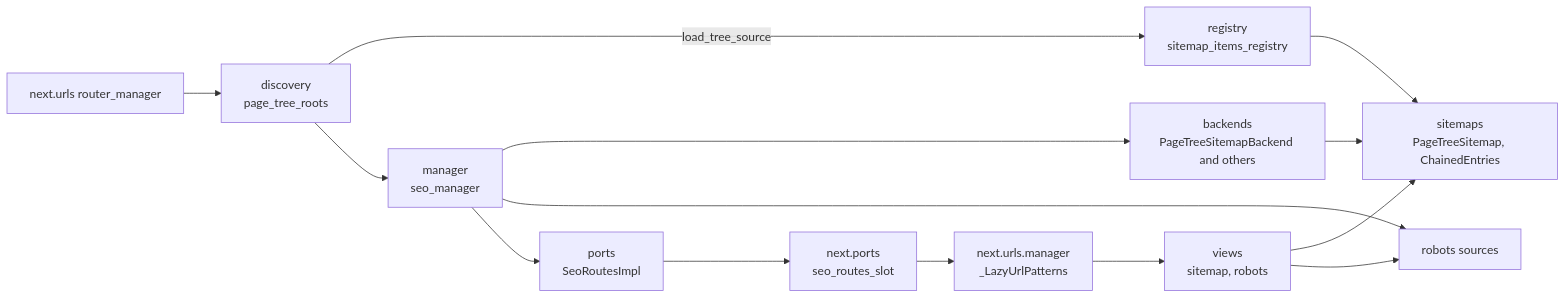
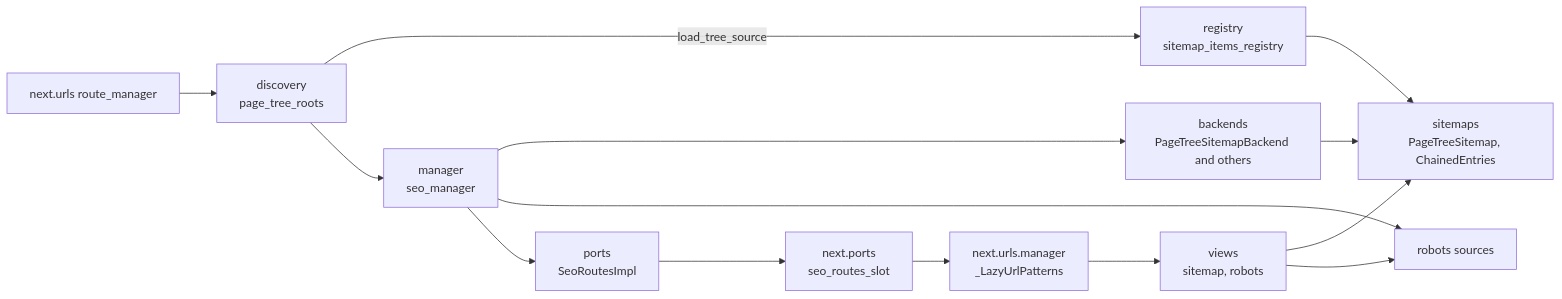
One commit to next-dj/next-dj changed the second of 2 diagrams in docs/content/internals/seo-pipeline.rst. Above: the diagram before and after it, drawn with Mermaid. The commit also changed other lines of this file and 1406 other files, not shown here.

```diff
--- a/docs/content/internals/seo-pipeline.rst
+++ b/docs/content/internals/seo-pipeline.rst
@@ -135,16 +135,16 @@
 .. mermaid::
 
    flowchart LR
-       Router["next.urls router_manager"] --> Discovery["discovery<br/>page_tree_roots"]
+       Router["next.urls route_manager"] --> Discovery["discovery<br/>page_tree_roots"]
        Discovery -- "load_tree_source" --> Registry["registry<br/>sitemap_items_registry"]
        Discovery --> Manager["manager<br/>seo_manager"]
        Manager --> Backends["backends<br/>PageTreeSitemapBackend and others"]
        Backends --> Sitemaps["sitemaps<br/>PageTreeSitemap, ChainedEntries"]
        Registry --> Sitemaps
        Manager --> Sources["robots sources"]
        Manager --> Ports["ports<br/>SeoRoutesImpl"]
        Ports --> Slot["next.ports<br/>seo_routes_slot"]
        Slot --> Lazy["next.urls.manager<br/>_LazyUrlPatterns"]
        Lazy --> Views["views<br/>sitemap, robots"]
        Views --> Sitemaps
        Views --> Sources
```
